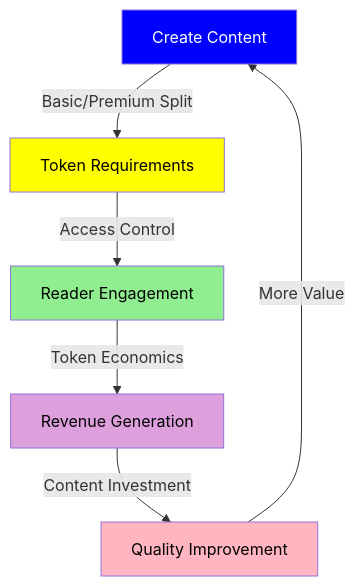
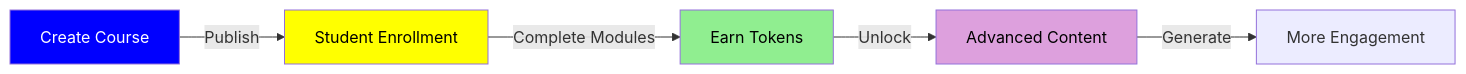
Before and after one commit to MEMEFANS/memefans: the fourth of 7 diagrams in docs/whitepaper/use-cases.md, drawn with Mermaid. The commit also changed other lines of this file and 32 other files, not shown here.

````diff
--- a/docs/whitepaper/use-cases.md
+++ b/docs/whitepaper/use-cases.md
@@ -102,14 +85,12 @@
-<div class="mermaid">
-graph TD
-    A[Create Content] -->|Basic/Premium Split| B[Token Requirements]
-    B -->|Access Control| C[Reader Engagement]
-    C -->|Token Economics| D[Revenue Generation]
-    D -->|Content Investment| E[Quality Improvement]
-    E -->|More Value| A
+```mermaid
+graph LR
+    A[Create Course] -->|Publish| B[Student Enrollment]
+    B -->|Complete Modules| C[Earn Tokens]
+    C -->|Unlock| D[Advanced Content]
+    D -->|Generate| E[More Engagement]
     
     style A fill:#0000FF,color:#FFFFFF
     style B fill:#FFFF00,color:#000000
     style C fill:#90EE90,color:#000000
     style D fill:#DDA0DD,color:#000000
-    style E fill:#FFB6C1,color:#000000
-</div>
+```
````
